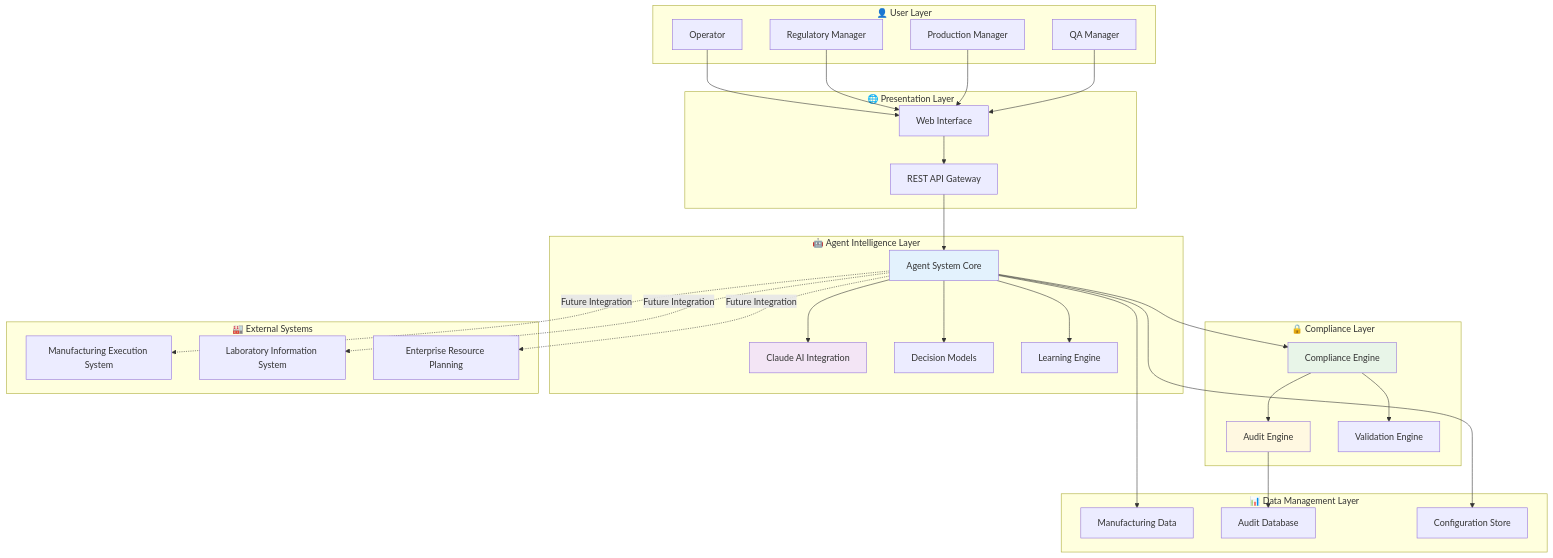
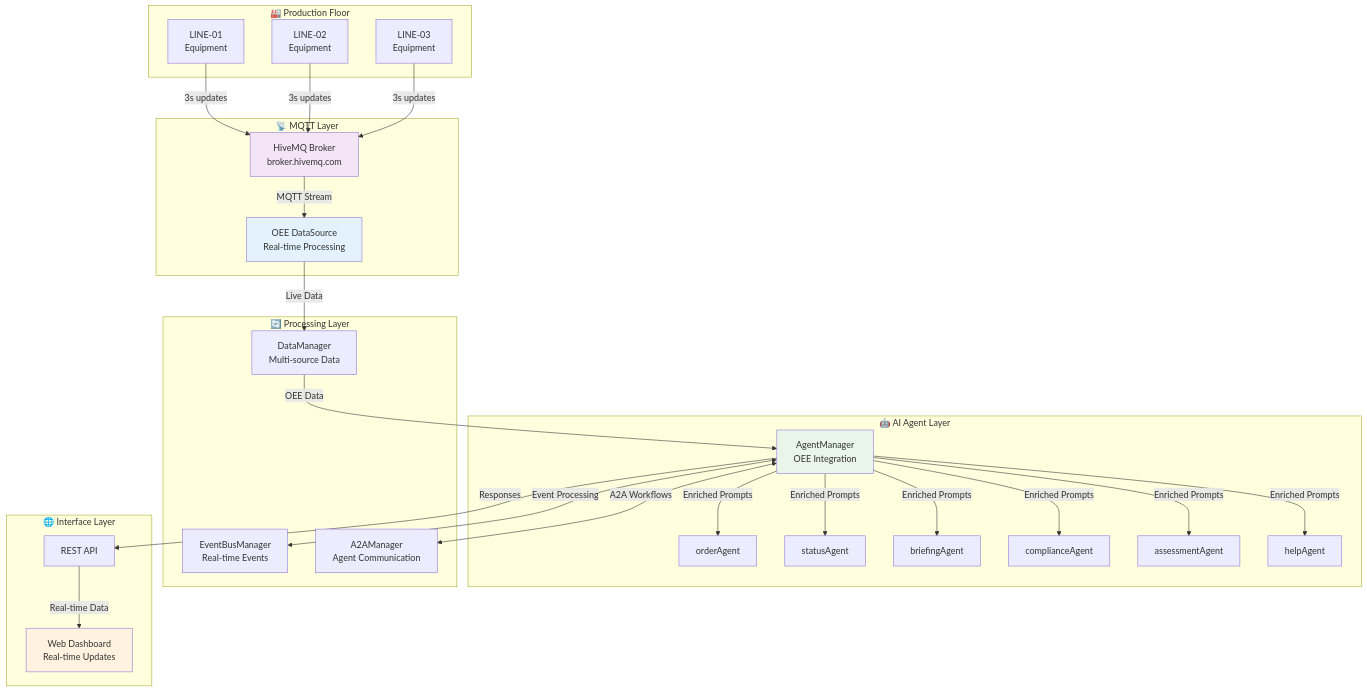
Before and after one commit to schmeckm/Business_aI_Agent_Pharma_MVP_1.0: the first of 2 diagrams in README.md, drawn with Mermaid. The commit also changed other lines of this file and 14 other files, not shown here.

First line of the commit message:
feat: implement modular agent architecture

````diff
--- a/README.md
+++ b/README.md
@@ -156,67 +418,60 @@
 ```mermaid
 flowchart TD
-    subgraph "👤 User Layer"
-        U1[QA Manager]
-        U2[Production Manager] 
-        U3[Regulatory Manager]
-        U4[Operator]
+    subgraph "🏭 Production Floor"
+        L1[LINE-01<br/>Equipment]
+        L2[LINE-02<br/>Equipment] 
+        L3[LINE-03<br/>Equipment]
     end
     
-    subgraph "🌐 Presentation Layer"
-        UI[Web Interface]
-        API[REST API Gateway]
+    subgraph "📡 MQTT Layer"
+        MB[HiveMQ Broker<br/>broker.hivemq.com]
+        OEE[OEE DataSource<br/>Real-time Processing]
     end
     
-    subgraph "🤖 Agent Intelligence Layer"
-        AS[Agent System Core]
-        CA[Claude AI Integration]
-        DM[Decision Models]
-        LE[Learning Engine]
+    subgraph "🤖 AI Agent Layer"
+        AM[AgentManager<br/>OEE Integration]
+        OA[orderAgent]
+        SA[statusAgent]
+        BA[briefingAgent]
+        CA[complianceAgent]
+        AA[assessmentAgent]
+        HA[helpAgent]
     end
     
-    subgraph "📊 Data Management Layer"
-        MD[Manufacturing Data]
-        AD[Audit Database]
-        CD[Configuration Store]
+    subgraph "🔄 Processing Layer"
+        EB[EventBusManager<br/>Real-time Events]
+        A2A[A2AManager<br/>Agent Communication]
+        DM[DataManager<br/>Multi-source Data]
     end
     
-    subgraph "🔒 Compliance Layer"
-        CE[Compliance Engine]
-        AE[Audit Engine]
-        VE[Validation Engine]
+    subgraph "🌐 Interface Layer"
+        API[REST API]
+        UI[Web Dashboard<br/>Real-time Updates]
     end
     
-    subgraph "🏭 External Systems"
-        MES[Manufacturing Execution System]
-        LIMS[Laboratory Information System]
-        ERP[Enterprise Resource Planning]
-    end
+    L1 -->|3s updates| MB
+    L2 -->|3s updates| MB
+    L3 -->|3s updates| MB
     
-    U1 --> UI
-    U2 --> UI
-    U3 --> UI
-    U4 --> UI
+    MB -->|MQTT Stream| OEE
+    OEE -->|Live Data| DM
     
-    UI --> API
-    API --> AS
+    DM -->|OEE Data| AM
+    AM -->|Enriched Prompts| OA
+    AM -->|Enriched Prompts| SA
+    AM -->|Enriched Prompts| BA
+    AM -->|Enriched Prompts| CA
+    AM -->|Enriched Prompts| AA
+    AM -->|Enriched Prompts| HA
     
-    AS --> CA
-    AS --> DM
-    AS --> LE
-    AS --> MD
-    AS --> CE
+    AM <-->|A2A Workflows| A2A
+    AM <-->|Event Processing| EB
     
-    CE --> AE
-    CE --> VE
-    AE --> AD
-    AS --> CD
+    AM -->|Responses| API
+    API -->|Real-time Data| UI
     
-    AS -.->|Future Integration| MES
-    AS -.->|Future Integration| LIMS
-    AS -.->|Future Integration| ERP
-    
-    style AS fill:#e3f2fd
-    style CE fill:#e8f5e8
-    style CA fill:#f3e5f5
-    style AE fill:#fff8e1
+    style OEE fill:#e3f2fd
+    style AM fill:#e8f5e8
+    style UI fill:#fff3e0
+    style MB fill:#f3e5f5
 ```
````
